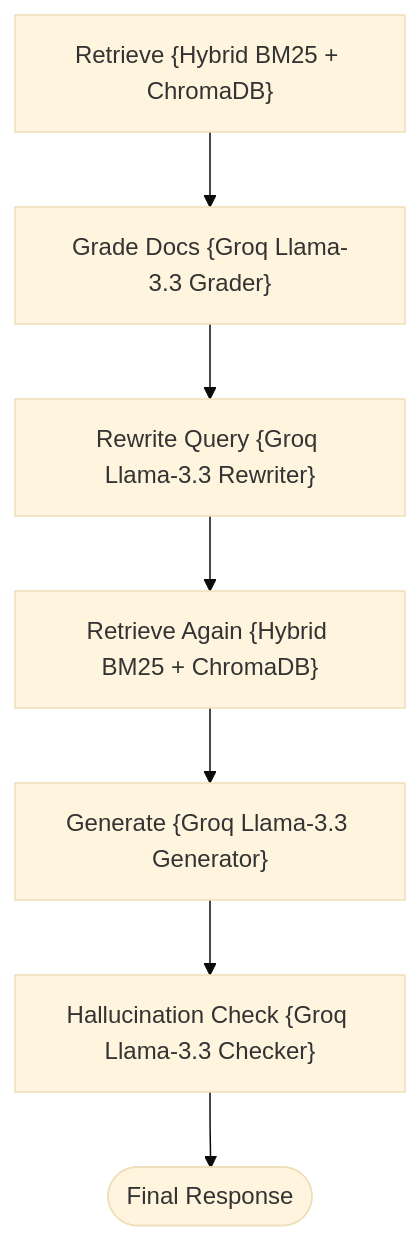
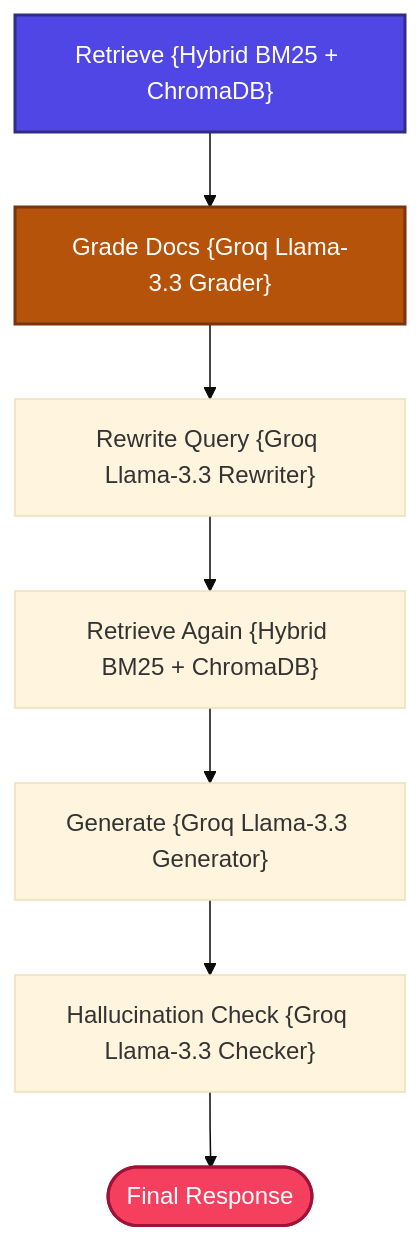
Before and after one commit to mohd-faizy/RAG-Design-Patterns: the diagram in 13_Self_RAG/README.md, drawn with Mermaid (base theme). The commit also changed 18 other files, not shown here.

````diff
--- a/13_Self_RAG/README.md
+++ b/13_Self_RAG/README.md
@@ -20,9 +20,13 @@
 ```mermaid
 graph TD
     Retrieve["Retrieve {Hybrid BM25 + ChromaDB}"] --> Grade["Grade Docs {Groq Llama-3.3 Grader}"]
     Grade --> Rewrite["Rewrite Query {Groq Llama-3.3 Rewriter}"]
     Rewrite --> RetrieveAgain["Retrieve Again {Hybrid BM25 + ChromaDB}"]
     RetrieveAgain --> Generate["Generate {Groq Llama-3.3 Generator}"]
     Generate --> Verify["Hallucination Check {Groq Llama-3.3 Checker}"]
     Verify --> FinalResponse([Final Response])
+
+    style Retrieve fill:#4F46E5,stroke:#312E81,stroke-width:2px,color:#fff
+    style FinalResponse fill:#F43F5E,stroke:#9F1239,stroke-width:2px,color:#fff
+    style Grade fill:#B45309,stroke:#78350F,stroke-width:2px,color:#fff
 ```
````
